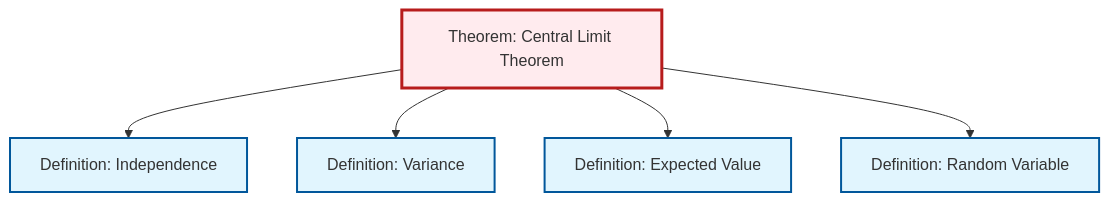
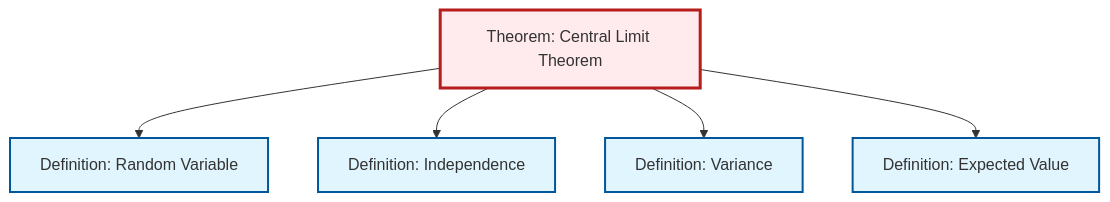
The second of 2 diagrams in content/ja/probability-statistics/thm-central-limit.qmd (RK0429/ModernMath), drawn with Mermaid before and after one commit. The commit also changed other lines of this file and 581 other files, not shown here.

````diff
--- a/content/ja/probability-statistics/thm-central-limit.qmd
+++ b/content/ja/probability-statistics/thm-central-limit.qmd
@@ -110,23 +110,23 @@
 ```{mermaid}
 %%| fig-cap: "Local dependency graph"
 graph TD
     classDef definition fill:#e1f5fe,stroke:#01579b,stroke-width:2px
     classDef theorem fill:#f3e5f5,stroke:#4a148c,stroke-width:2px
     classDef axiom fill:#fff3e0,stroke:#e65100,stroke-width:2px
     classDef example fill:#e8f5e9,stroke:#1b5e20,stroke-width:2px
     classDef current fill:#ffebee,stroke:#b71c1c,stroke-width:3px
+    def-independence["Definition: Independence"]:::definition
+    thm-central-limit["Theorem: Central Limit Theorem"]:::theorem
     def-variance["Definition: Variance"]:::definition
+    def-expectation["Definition: Expected Value"]:::definition
     def-random-variable["Definition: Random Variable"]:::definition
-    thm-central-limit["Theorem: Central Limit Theorem"]:::theorem
-    def-independence["Definition: Independence"]:::definition
-    def-expectation["Definition: Expected Value"]:::definition
+    thm-central-limit --> def-random-variable
     thm-central-limit --> def-independence
     thm-central-limit --> def-variance
     thm-central-limit --> def-expectation
-    thm-central-limit --> def-random-variable
     class thm-central-limit current
+    click def-independence "def-independence.html" "Definition: Independenceへ"
     click def-variance "def-variance.html" "Definition: Varianceへ"
+    click def-expectation "def-expectation.html" "Definition: Expected Valueへ"
     click def-random-variable "def-random-variable.html" "Definition: Random Variableへ"
-    click def-independence "def-independence.html" "Definition: Independenceへ"
-    click def-expectation "def-expectation.html" "Definition: Expected Valueへ"
 ```
````
